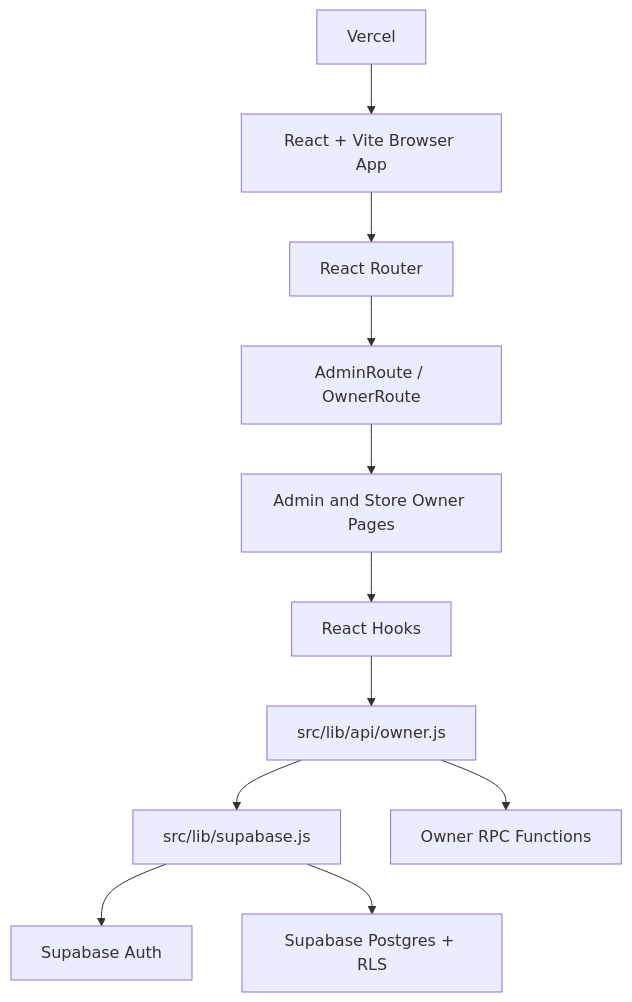
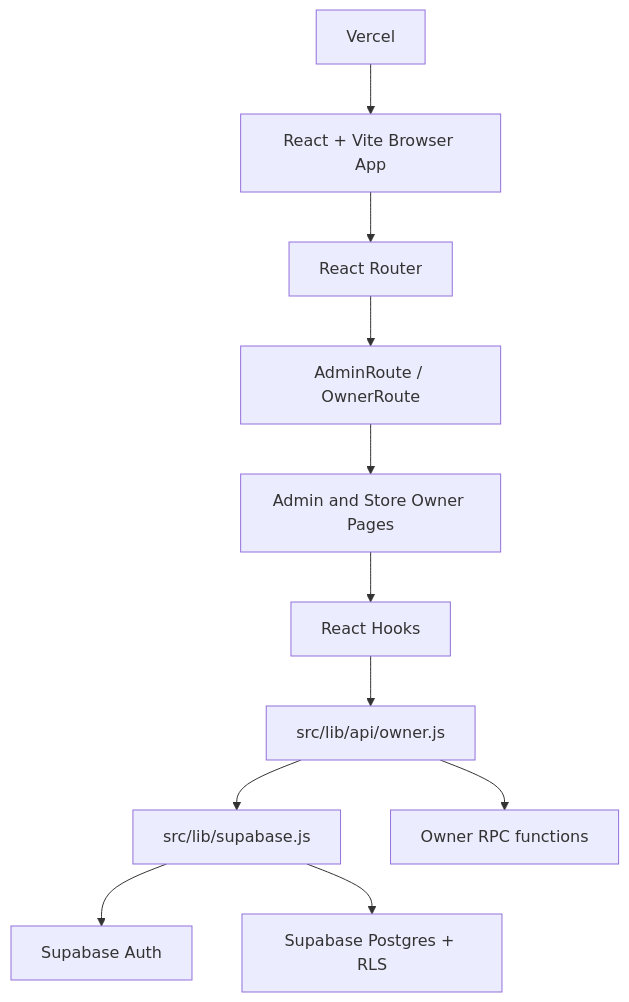
Before and after one commit to Elective-Group4/Customer-Credit-Ledger-Management-System: the first of 2 diagrams in SYSTEM_ARCHITECTURE.md, drawn with Mermaid. The commit also changed other lines of this file and 10 other files, not shown here.

````diff
--- a/SYSTEM_ARCHITECTURE.md
+++ b/SYSTEM_ARCHITECTURE.md
@@ -24,13 +24,13 @@
 ```mermaid
 flowchart TD
     Browser[React + Vite Browser App] --> Router[React Router]
     Router --> Guards[AdminRoute / OwnerRoute]
     Guards --> Pages[Admin and Store Owner Pages]
     Pages --> Hooks[React Hooks]
     Hooks --> OwnerApi[src/lib/api/owner.js]
     OwnerApi --> SupabaseClient[src/lib/supabase.js]
     SupabaseClient --> Auth[Supabase Auth]
     SupabaseClient --> Database[Supabase Postgres + RLS]
-    OwnerApi --> RPC[Owner RPC Functions]
+    OwnerApi --> RPC[Owner RPC functions]
     Vercel[Vercel] --> Browser
 ```
````
